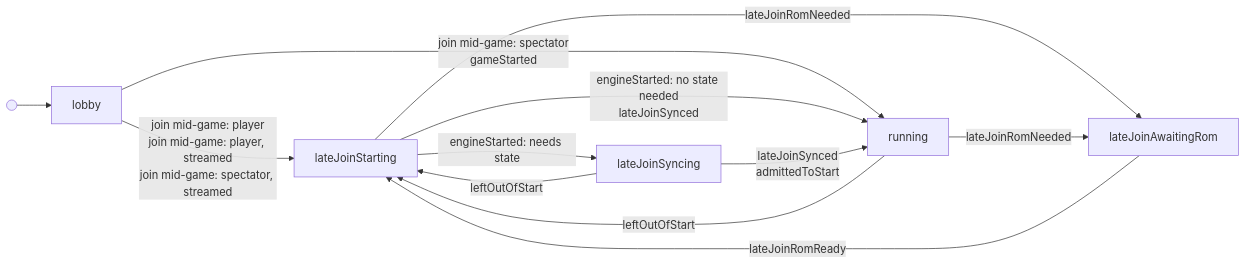
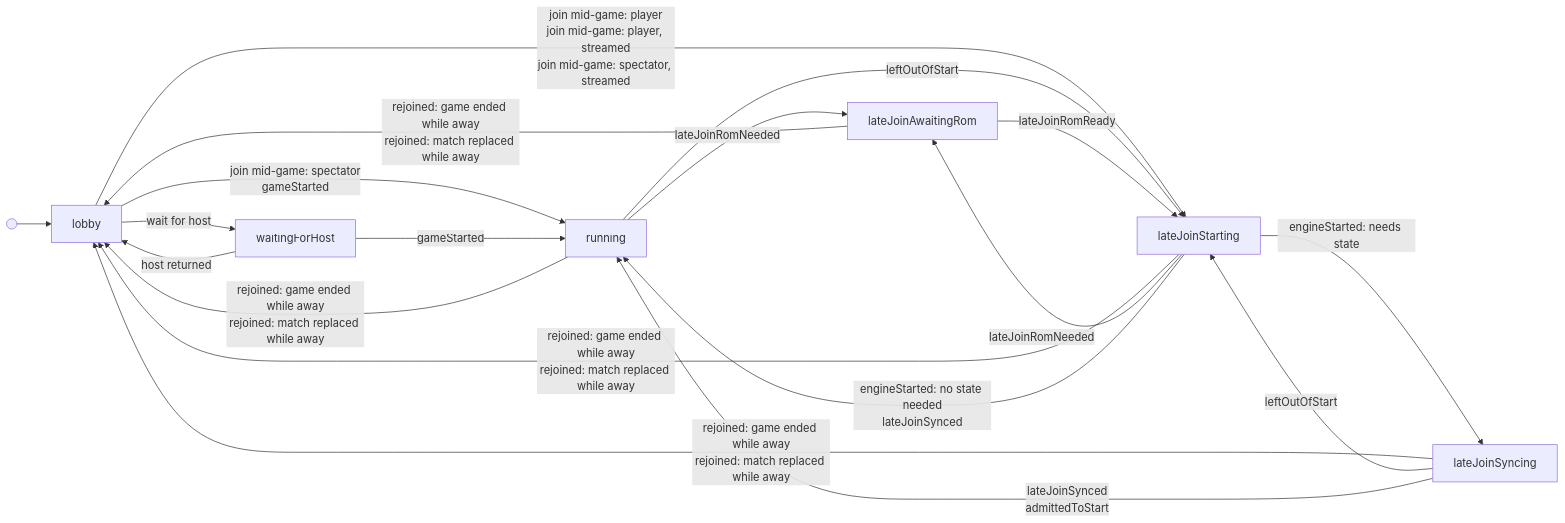
The first of 2 diagrams in docs/session-machine.md (kwilson21/kaillera-next), drawn with Mermaid before and after one commit. The commit also changed other lines of this file and 60 other files, not shown here.

````diff
--- a/docs/session-machine.md
+++ b/docs/session-machine.md
@@ -6,14 +6,21 @@
 ```mermaid
 flowchart LR
   start(( )) --> lobby
+  lobby -->|"wait for host"| waitingForHost
   lobby -->|"join mid-game: player<br/>join mid-game: player, streamed<br/>join mid-game: spectator, streamed"| lateJoinStarting
   lobby -->|"join mid-game: spectator<br/>gameStarted"| running
+  waitingForHost -->|"host returned"| lobby
+  waitingForHost -->|"gameStarted"| running
+  lateJoinStarting -->|"rejoined: game ended while away<br/>rejoined: match replaced while away"| lobby
   lateJoinStarting -->|"lateJoinRomNeeded"| lateJoinAwaitingRom
   lateJoinStarting -->|"engineStarted: needs state"| lateJoinSyncing
   lateJoinStarting -->|"engineStarted: no state needed<br/>lateJoinSynced"| running
+  running -->|"rejoined: game ended while away<br/>rejoined: match replaced while away"| lobby
   running -->|"lateJoinRomNeeded"| lateJoinAwaitingRom
   running -->|"leftOutOfStart"| lateJoinStarting
+  lateJoinAwaitingRom -->|"rejoined: game ended while away<br/>rejoined: match replaced while away"| lobby
   lateJoinAwaitingRom -->|"lateJoinRomReady"| lateJoinStarting
+  lateJoinSyncing -->|"rejoined: game ended while away<br/>rejoined: match replaced while away"| lobby
   lateJoinSyncing -->|"leftOutOfStart"| lateJoinStarting
   lateJoinSyncing -->|"lateJoinSynced<br/>admittedToStart"| running
 ```
````
